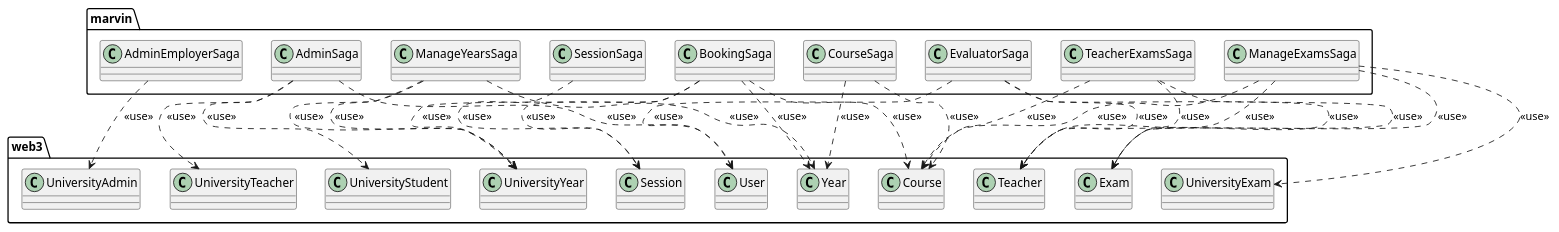
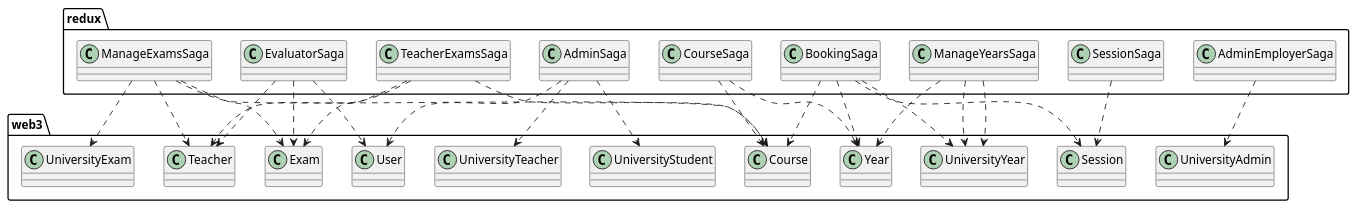
One commit to M9k/Marvin-Uml changed the diagram in marvin/redux_web3.iuml. Above: the diagram before and after it, drawn with PlantUML. The commit also changed 2 other files, not shown here.

```diff
--- a/marvin/redux_web3.iuml
+++ b/marvin/redux_web3.iuml
@@ -1,60 +1,60 @@
-marvin.SessionSaga ..> web3.Session: <<use>>
+redux.SessionSaga ..> web3.Session
 'getData, getRole'
 
 
-marvin.BookingSaga ..> web3.Session: <<use>>
+redux.BookingSaga ..> web3.Session
 'create'
 ''''''''''''''''''
-marvin.BookingSaga ..> web3.Year: <<use>>
+redux.BookingSaga ..> web3.Year
 'getAcademicYearContractByYear
-marvin.BookingSaga ..> web3.UniversityYear: <<use>>
+redux.BookingSaga ..> web3.UniversityYear
 'getCourseNumber, getCourseContractAt
-marvin.BookingSaga ..> web3.Course: <<use>>
+redux.BookingSaga ..> web3.Course
 'getName
 
-marvin.AdminEmployerSaga ..> web3.UniversityAdmin: <<use>>
+redux.AdminEmployerSaga ..> web3.UniversityAdmin
 'getAdminNumber, getAdminAt, addAdmin, removeAdmin'
 
-marvin.AdminSaga ..> web3.UniversityStudent: <<use>>
+redux.AdminSaga ..> web3.UniversityStudent
 'getStudent*, getNonApprovedStudent*'
-marvin.AdminSaga ..> web3.UniversityTeacher: <<use>>
+redux.AdminSaga ..> web3.UniversityTeacher
 'getTeacher*, getNonApprovedTeacher*'
-marvin.AdminSaga ..> web3.User: <<use>>
+redux.AdminSaga ..> web3.User
 
-marvin.ManageYearsSaga ..> web3.UniversityYear: <<use>>
+redux.ManageYearsSaga ..> web3.UniversityYear
 'getAcademicYerNumber, getAcademicYearContractAt,''
 ''''''''''''''''''''addAdmin, removeAdmin
-marvin.ManageYearsSaga ..> web3.Year: <<use>>
+redux.ManageYearsSaga ..> web3.Year
 'getSolarYear'
 
-marvin.EvaluatorSaga ..> web3.Exam: <<use>>
+redux.EvaluatorSaga ..> web3.Exam
 'getEnrolled*'
-marvin.EvaluatorSaga ..> web3.User: <<use>>
+redux.EvaluatorSaga ..> web3.User
 'getName, getSurname'
 '''''''''''''
-marvin.EvaluatorSaga ..> web3.Teacher: <<use>>
+redux.EvaluatorSaga ..> web3.Teacher
 'registerNewVoteStudentExam'
 
-marvin.TeacherExamsSaga ..> web3.Teacher: <<use>>
+redux.TeacherExamsSaga ..> web3.Teacher
 'getExam*'
-marvin.TeacherExamsSaga ..> web3.Exam: <<use>>
+redux.TeacherExamsSaga ..> web3.Exam
 'getName, getCourse'
-marvin.TeacherExamsSaga ..> web3.Course: <<use>>
+redux.TeacherExamsSaga ..> web3.Course
 'getName'
 
-marvin.CourseSaga ..>web3.Year: <<use>>
+redux.CourseSaga ..>web3.Year
 'addNewCourse, getSolarYear'
-marvin.CourseSaga ..>web3.Course: <<use>>
+redux.CourseSaga ..>web3.Course
 'getName, getSolarYear'
 
-marvin.ManageExamsSaga ..>web3.Course: <<use>>
+redux.ManageExamsSaga ..>web3.Course
 'addNewExam, getName, getExamContractAt'
-marvin.ManageExamsSaga ..>web3.Exam: <<use>>
+redux.ManageExamsSaga ..>web3.Exam
 'getName, getCredits, getTeacherContract'
-marvin.ManageExamsSaga ..>web3.Teacher: <<use>>
+redux.ManageExamsSaga ..>web3.Teacher
 'getName, getSurname, getAddress'
-marvin.ManageExamsSaga ..>web3.UniversityExam: <<use>>
+redux.ManageExamsSaga ..>web3.UniversityExam
 'associateTeacherToExam'
 
-marvin.ManageYearsSaga ..>web3.UniversityYear: <<use>>
+redux.ManageYearsSaga ..>web3.UniversityYear
 'addNewYear, removeAcademicYear, getAcademicYear*'
```
